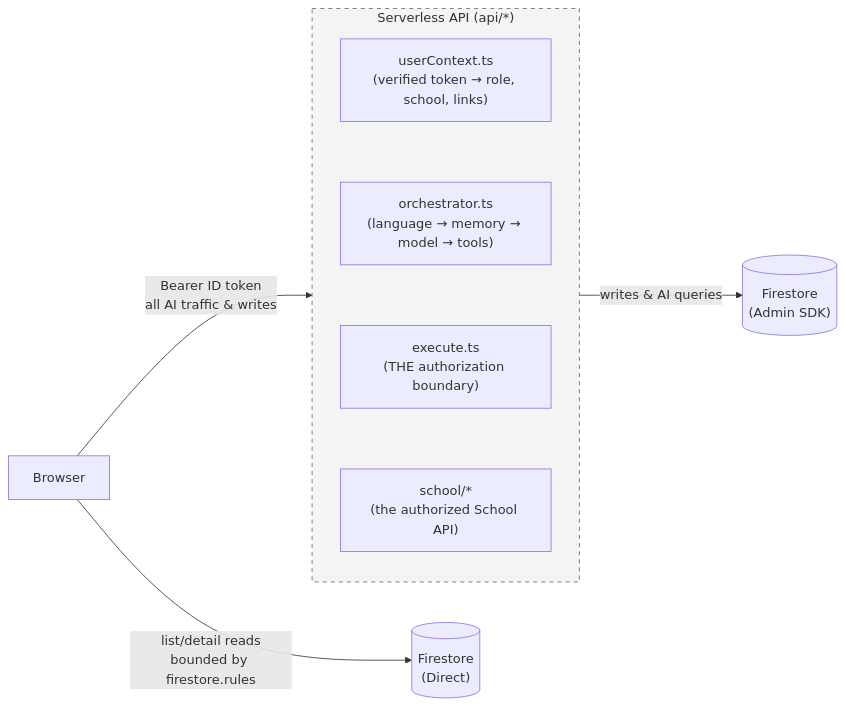
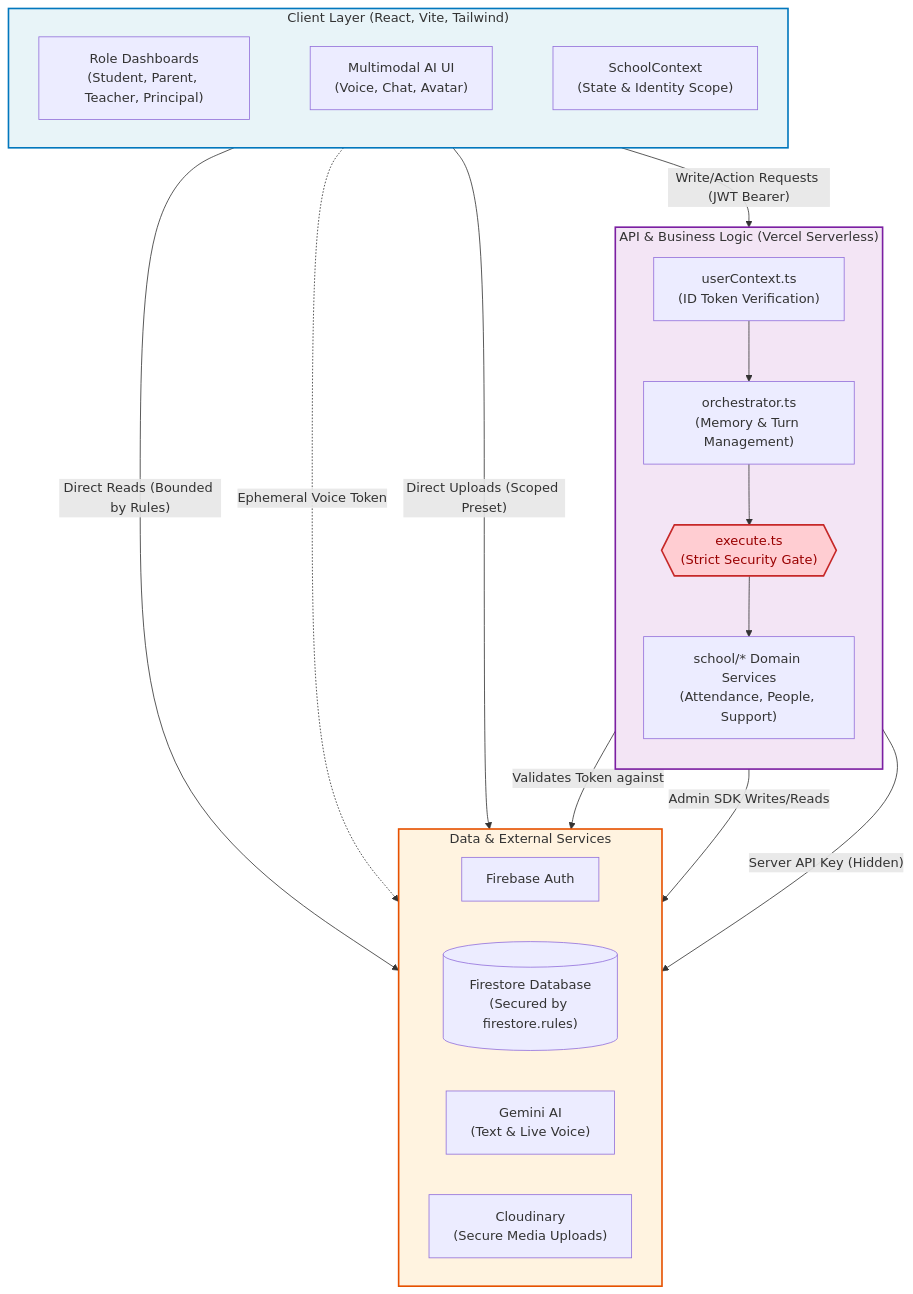
The first of 2 diagrams in README.md (sanikommu-bhanu/edvia), drawn with Mermaid before and after one commit. The commit also changed other lines of this file, not shown here.

Commit message:
docs: Add detailed block and flow diagrams to README

````diff
--- a/README.md
+++ b/README.md
@@ -75,24 +75,42 @@
 ```mermaid
-flowchart LR
-    Browser["Browser"]
-    FS_Rules[("Firestore<br/>(Direct)")]
+flowchart TB
+    subgraph ClientLayer ["Client Layer (React, Vite, Tailwind)"]
+        direction LR
+        UI["Role Dashboards<br/>(Student, Parent, Teacher, Principal)"]
+        Chat["Multimodal AI UI<br/>(Voice, Chat, Avatar)"]
+        Context["SchoolContext<br/>(State & Identity Scope)"]
+        UI ~~~ Chat ~~~ Context
+    end
+
+    subgraph APILayer ["API & Business Logic (Vercel Serverless)"]
+        direction TB
+        AuthZ["userContext.ts<br/>(ID Token Verification)"]
+        Orchestrator["orchestrator.ts<br/>(Memory & Turn Management)"]
+        Boundary{{"execute.ts<br/>(Strict Security Gate)"}}
+        Services["school/* Domain Services<br/>(Attendance, People, Support)"]
+        
+        AuthZ --> Orchestrator --> Boundary --> Services
+    end
+
+    subgraph DataLayer ["Data & External Services"]
+        direction LR
+        Auth["Firebase Auth"]
+        FS[("Firestore Database<br/>(Secured by firestore.rules)")]
+        Gemini["Gemini AI<br/>(Text & Live Voice)"]
+        Cloudinary["Cloudinary<br/>(Secure Media Uploads)"]
+    end
+
+    ClientLayer -->|"Direct Reads (Bounded by Rules)"| FS
+    ClientLayer -->|"Write/Action Requests (JWT Bearer)"| APILayer
+    ClientLayer -.->|"Ephemeral Voice Token"| Gemini
+    ClientLayer -->|"Direct Uploads (Scoped Preset)"| Cloudinary
     
-    subgraph API ["Serverless API (api/*)"]
-        direction TB
-        Ctx["userContext.ts<br/>(verified token → role, school, links)"]
-        Orch["orchestrator.ts<br/>(language → memory → model → tools)"]
-        Exec["execute.ts<br/>(THE authorization boundary)"]
-        School["school/*<br/>(the authorized School API)"]
-        
-        Ctx ~~~ Orch ~~~ Exec ~~~ School
-    end
-    
-    FS_Admin[("Firestore<br/>(Admin SDK)")]
+    APILayer -->|"Validates Token against"| Auth
+    APILayer -->|"Admin SDK Writes/Reads"| FS
+    APILayer -->|"Server API Key (Hidden)"| Gemini
 
-    Browser -->|"list/detail reads<br/>bounded by firestore.rules"| FS_Rules
-    Browser -->|"Bearer ID token<br/>all AI traffic & writes"| API
-    
-    API -->|"writes & AI queries"| FS_Admin
-    
-    style API fill:#f4f4f4,stroke:#666,stroke-width:1px,stroke-dasharray: 5 5
+    style ClientLayer fill:#e8f4f8,stroke:#0277bd,stroke-width:2px
+    style APILayer fill:#f3e5f5,stroke:#7b1fa2,stroke-width:2px
+    style DataLayer fill:#fff3e0,stroke:#e65100,stroke-width:2px
+    style Boundary fill:#ffcdd2,stroke:#c62828,stroke-width:2px,color:#900
 ```
````
